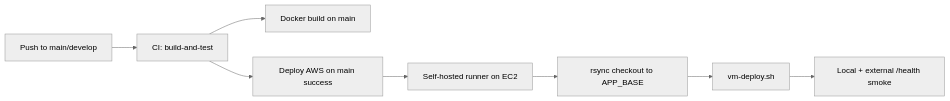
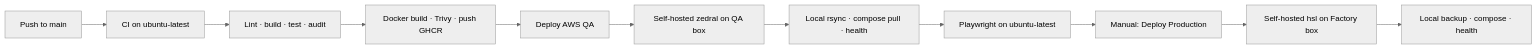
The diagram in GITHUB_ACTIONS_AUDIT.md (kshitijsince2004/demo_zedral), drawn with Mermaid (neutral theme) before and after one commit. The commit also changed other lines of this file and 9 other files, not shown here.

First line of the commit message:
Move deploy to self-hosted runners and harden CI gates.

````diff
--- a/GITHUB_ACTIONS_AUDIT.md
+++ b/GITHUB_ACTIONS_AUDIT.md
@@ -10,10 +10,13 @@
 ```mermaid
 flowchart LR
-  push[Push to main/develop] --> ci[CI: build-and-test]
-  ci --> docker[Docker build on main]
-  ci --> deploy[Deploy AWS on main success]
-  deploy --> runner[Self-hosted runner on EC2]
-  runner --> rsync[rsync checkout to APP_BASE]
-  rsync --> vmdeploy[vm-deploy.sh]
-  vmdeploy --> smoke[Local + external /health smoke]
+  push[Push to main] --> ci[CI on ubuntu-latest]
+  ci --> quality[Lint · build · test · audit]
+  quality --> docker[Docker build · Trivy · push GHCR]
+  docker --> qa[Deploy AWS QA]
+  qa --> runnerQa[Self-hosted zedral on QA box]
+  runnerQa --> localQa[Local rsync · compose pull · health]
+  localQa --> smokeQa[Playwright on ubuntu-latest]
+  smokeQa --> manual[Manual: Deploy Production]
+  manual --> factory[Self-hosted hsl on Factory box]
+  factory --> localProd[Local backup · compose · health]
 ```
````
